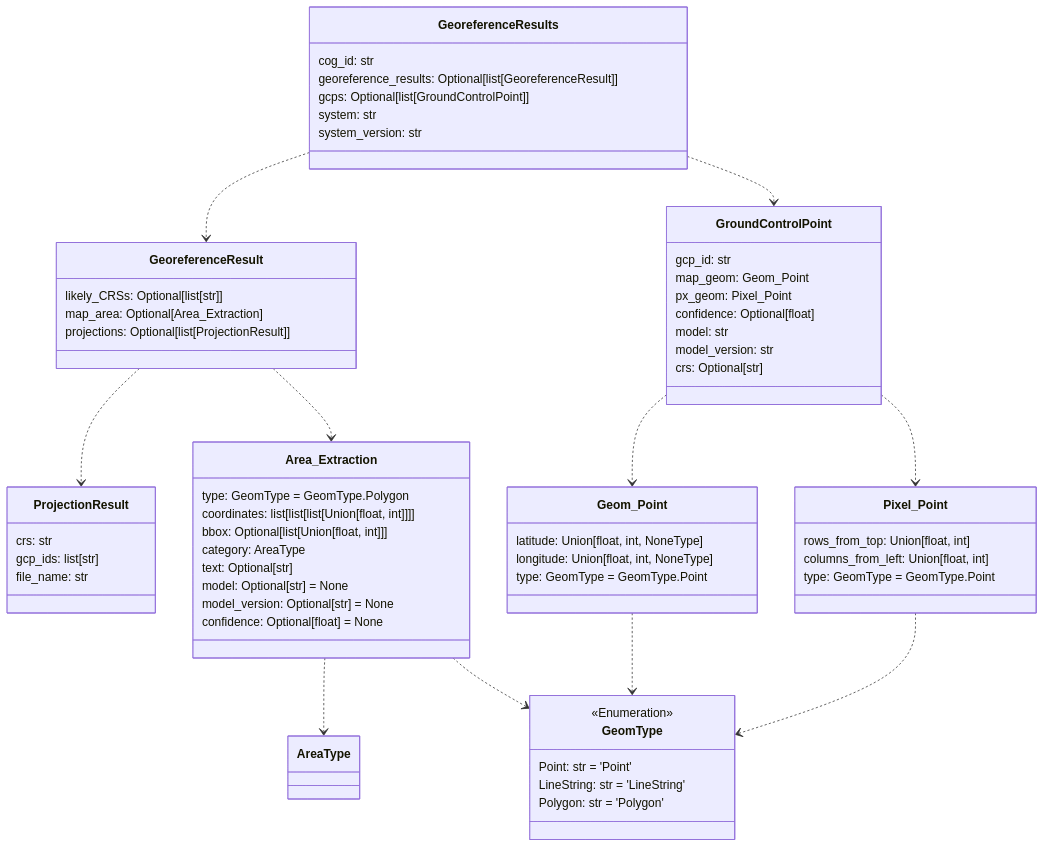
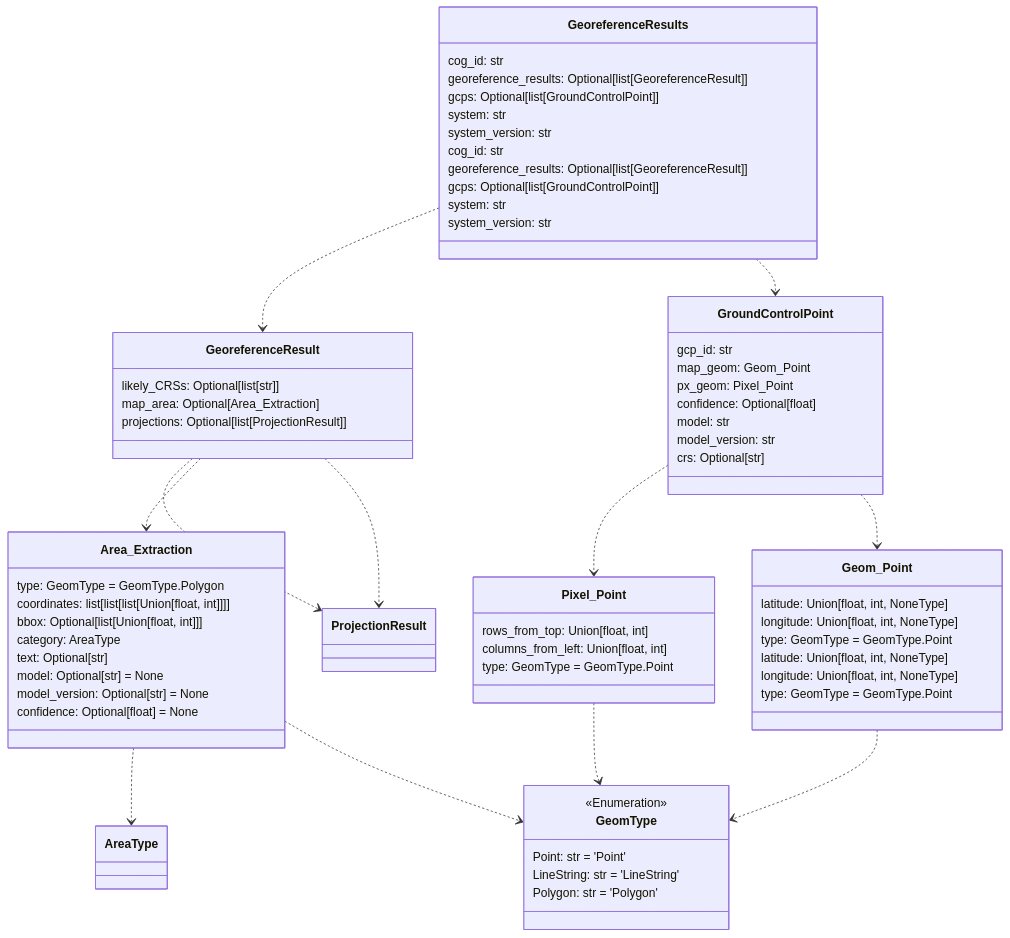
One commit to DARPA-CRITICALMAAS/cdr_schemas changed the second of 12 diagrams in README.md. Above: the diagram before and after it, drawn with Mermaid. The commit also changed other lines of this file and 2 other files, not shown here.

````diff
--- a/README.md
+++ b/README.md
@@ -113,10 +113,18 @@
 ```mermaid
 classDiagram
 
-    class ProjectionResult {
-        crs: str
-        gcp_ids: list[str]
-        file_name: str
+    class GeoreferenceResults {
+        cog_id: str
+        georeference_results: Optional[list[GeoreferenceResult]]
+        gcps: Optional[list[GroundControlPoint]]
+        system: str
+        system_version: str
+    }
+
+    class Geom_Point {
+        latitude: Union[float, int, NoneType]
+        longitude: Union[float, int, NoneType]
+        type: GeomType = GeomType.Point
     }
 
     class GeoreferenceResults {
@@ -181,8 +189,9 @@
     GroundControlPoint ..> Geom_Point
     GeoreferenceResult ..> ProjectionResult
     GeoreferenceResult ..> Area_Extraction
+    GeoreferenceResult ..> ProjectionResult
+    GeoreferenceResults ..> GeoreferenceResult
     GeoreferenceResults ..> GroundControlPoint
-    GeoreferenceResults ..> GeoreferenceResult
 
 
 ```
````
